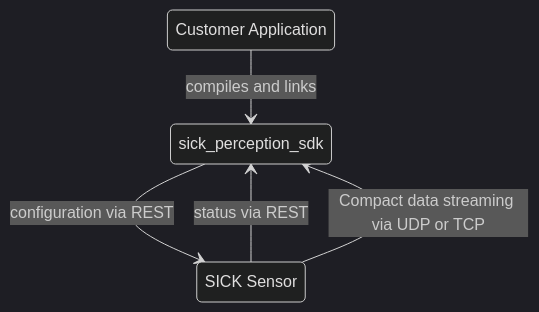
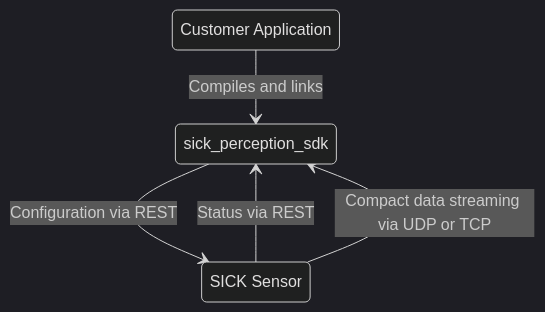
The first of 7 diagrams in README.md (gschwsiSICKAG/sick_perception_sdk_releases), drawn with Mermaid (dark theme) before and after one commit. The commit also changed other lines of this file and 680 other files, not shown here.

````diff
--- a/README.md
+++ b/README.md
@@ -343,11 +353,11 @@
 ```mermaid
 stateDiagram-v2
   state "Customer Application" as CustomerApplication
   state "sick_perception_sdk" as SDK
   state "SICK Sensor" as Sensor
 
-  CustomerApplication --> SDK: compiles and links
-  SDK --> Sensor: configuration via REST
-  Sensor --> SDK: status via REST
+  CustomerApplication --> SDK: Compiles and links
+  SDK --> Sensor: Configuration via REST
+  Sensor --> SDK: Status via REST
   Sensor --> SDK: Compact data streaming via UDP or TCP
 ```
````
